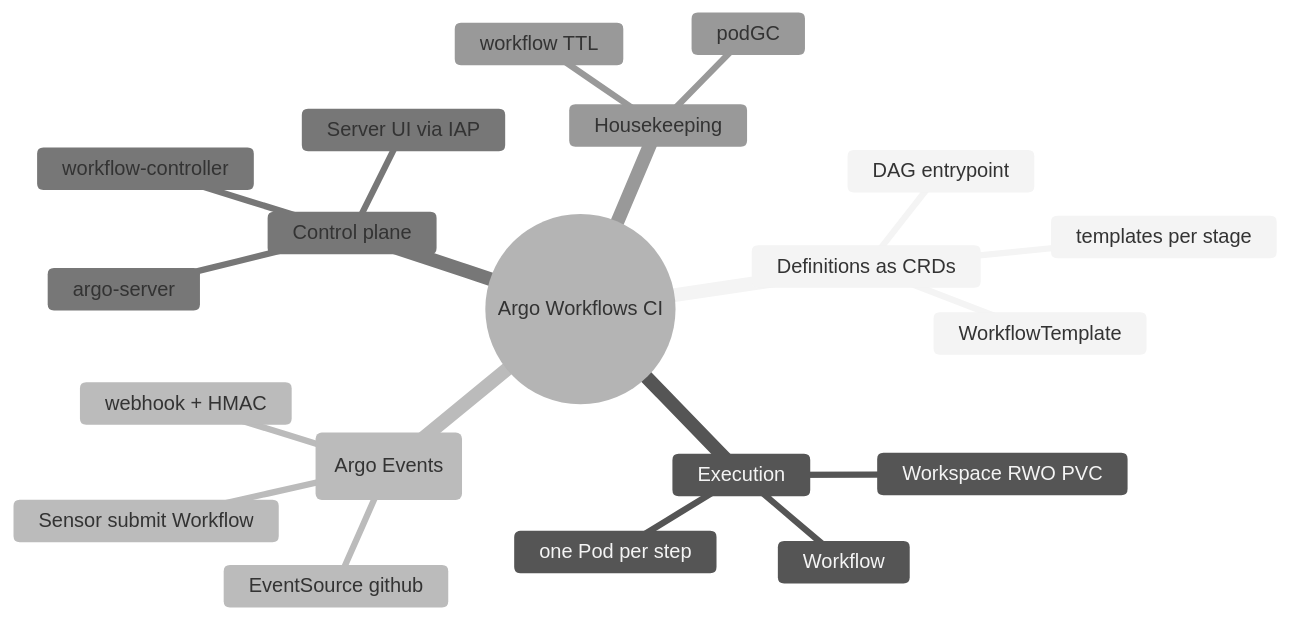
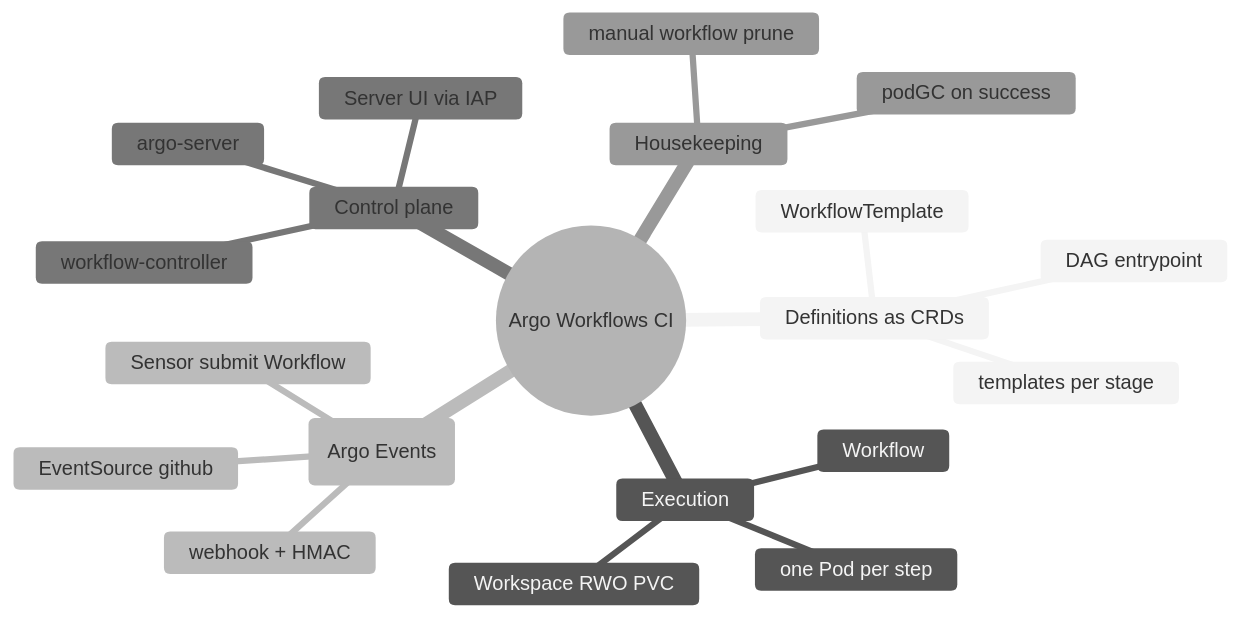
Before and after one commit to nubenetes/jenkins-2026: the first of 4 diagrams in docs/405-ARGO_WORKFLOWS.md, drawn with Mermaid (neutral theme). The commit also changed other lines of this file and 48 other files, not shown here.

````diff
--- a/docs/405-ARGO_WORKFLOWS.md
+++ b/docs/405-ARGO_WORKFLOWS.md
@@ -34,23 +34,23 @@
 ```mermaid
 mindmap
   root((Argo Workflows CI))
     Definitions as CRDs
       WorkflowTemplate
       templates per stage
       DAG entrypoint
     Execution
       Workflow
       one Pod per step
       Workspace RWO PVC
     Triggers (Argo Events)
       EventSource github
       Sensor submit Workflow
       webhook + HMAC
     Control plane
       workflow-controller
       argo-server
       Server UI via IAP
     Housekeeping
-      podGC
-      workflow TTL
+      podGC on success
+      manual workflow prune
 ```
````
